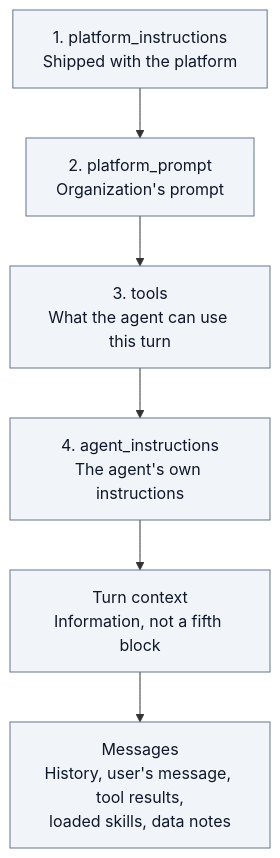
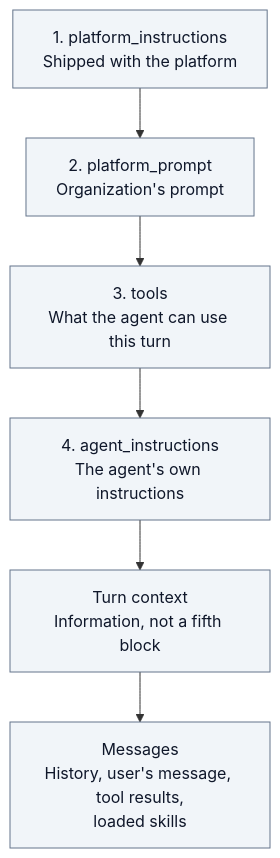
The second of 5 diagrams in docs/architecture/06-resources.md (ThalesGroup/fred), drawn with Mermaid before and after one commit. The commit also changed other lines of this file and 2 other files, not shown here.

````diff
--- a/docs/architecture/06-resources.md
+++ b/docs/architecture/06-resources.md
@@ -59,10 +59,10 @@
 ```mermaid
 flowchart TB
     pi["1. platform_instructions<br/>Shipped with the platform"] --> pp["2. platform_prompt<br/>Organization's prompt"]
     pp --> tools["3. tools<br/>What the agent can use this turn"]
     tools --> agent["4. agent_instructions<br/>The agent's own instructions"]
     agent --> turn["Turn context<br/>Information, not a fifth block"]
-    turn --> messages["Messages<br/>History, user's message, tool results,<br/>loaded skills, data notes"]
+    turn --> messages["Messages<br/>History, user's message, tool results,<br/>loaded skills"]
     classDef neutral fill:#F1F5F9,stroke:#64748B,color:#0F172A
     class pi,pp,tools,agent,turn,messages neutral
 ```
````
